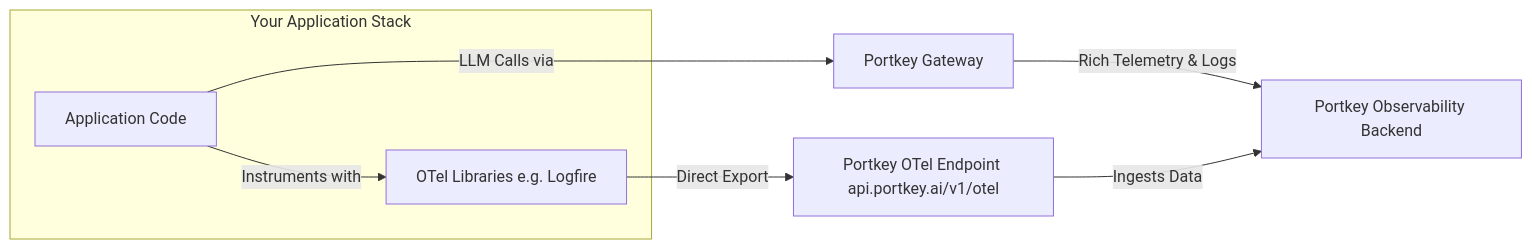
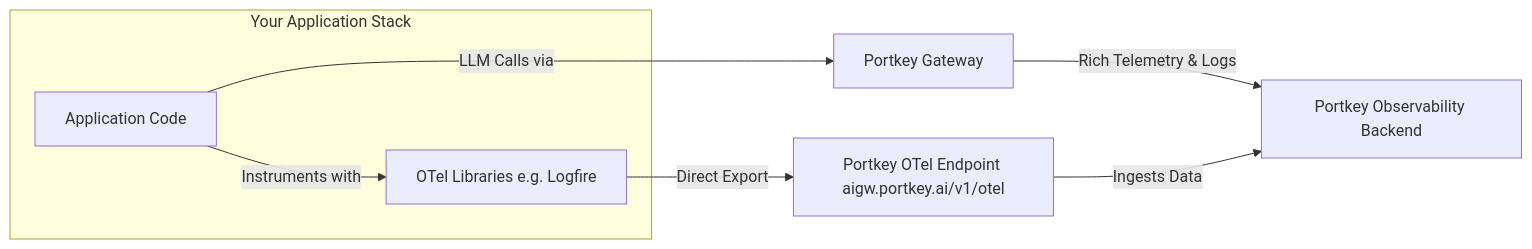
One commit to Portkey-AI/docs-core changed the diagram in aigw/product/observability/opentelemetry.mdx. Above: the diagram before and after it, drawn with Mermaid. The commit also changed other lines of this file and 283 other files, not shown here.

First line of the commit message:
docs(aigw): move gateway endpoints to aigw.portkey.ai and onboarding to Strata Cloud Manager

`````diff
--- a/aigw/product/observability/opentelemetry.mdx
+++ b/aigw/product/observability/opentelemetry.mdx
@@ -24,17 +24,17 @@
 ```mermaid
 graph LR
     subgraph Your Application Stack
         A[Application Code]
         LIB[OTel Libraries e.g. Logfire]
         A -- Instruments with --> LIB
     end
 
     PG[Portkey Gateway]
-    PK_OTEL[Portkey OTel Endpoint api.portkey.ai/v1/otel]
+    PK_OTEL[Portkey OTel Endpoint aigw.portkey.ai/v1/otel]
     PK_OBS[Portkey Observability Backend]
 
     LIB -- Direct Export --> PK_OTEL
     A -- LLM Calls via --> PG
     PG -- Rich Telemetry & Logs --> PK_OBS
     PK_OTEL -- Ingests Data --> PK_OBS
 ````
`````
